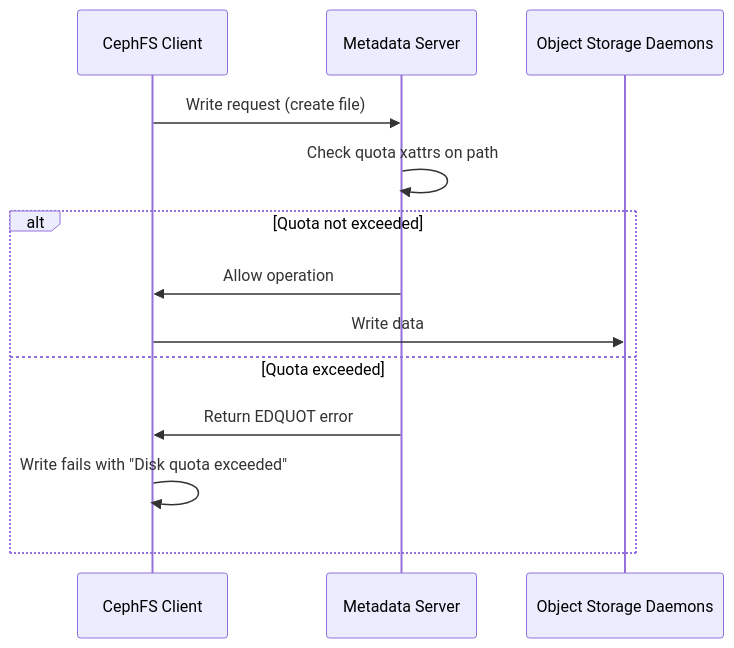
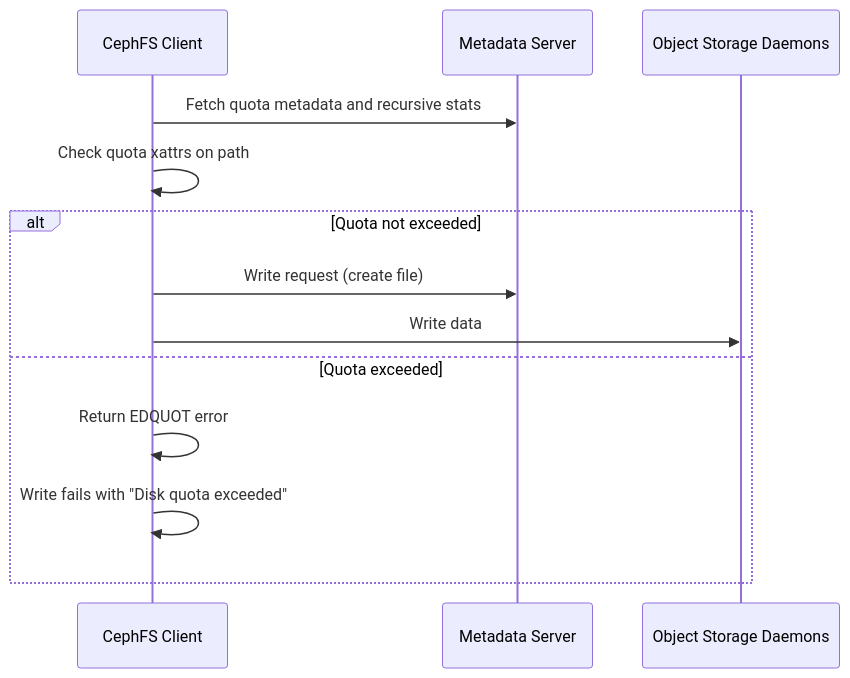
The second of 3 diagrams in posts/2026-01-30-ceph-cephfs-quotas/README.md (OneUptime/blog), drawn with Mermaid before and after one commit. The commit also changed other lines of this file and 2 other files, not shown here.

````diff
--- a/posts/2026-01-30-ceph-cephfs-quotas/README.md
+++ b/posts/2026-01-30-ceph-cephfs-quotas/README.md
@@ -132,16 +134,16 @@
 ```mermaid
 sequenceDiagram
     participant Client as CephFS Client
     participant MDS as Metadata Server
     participant OSD as Object Storage Daemons
 
-    Client->>MDS: Write request (create file)
-    MDS->>MDS: Check quota xattrs on path
+    Client->>MDS: Fetch quota metadata and recursive stats
+    Client->>Client: Check quota xattrs on path
     alt Quota not exceeded
-        MDS->>Client: Allow operation
+        Client->>MDS: Write request (create file)
         Client->>OSD: Write data
     else Quota exceeded
-        MDS->>Client: Return EDQUOT error
+        Client->>Client: Return EDQUOT error
         Client->>Client: Write fails with "Disk quota exceeded"
     end
 ```
````
